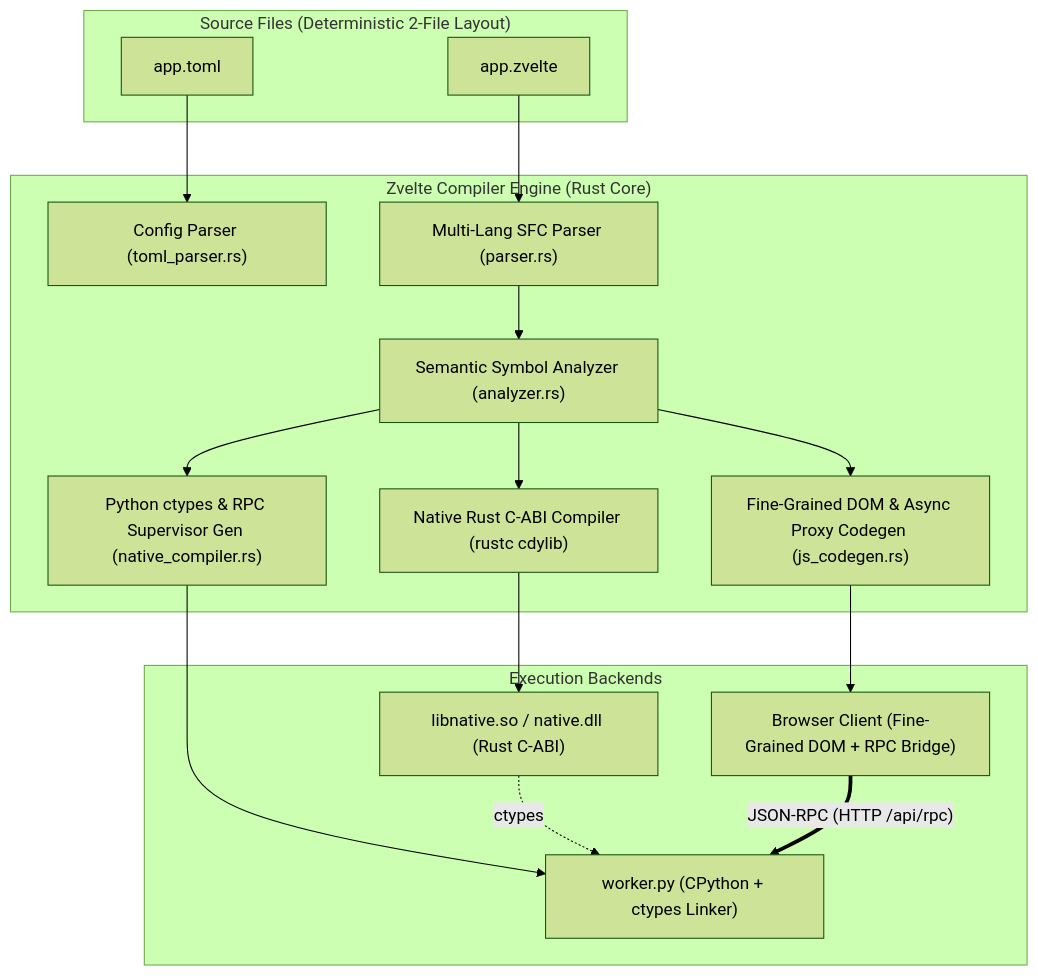
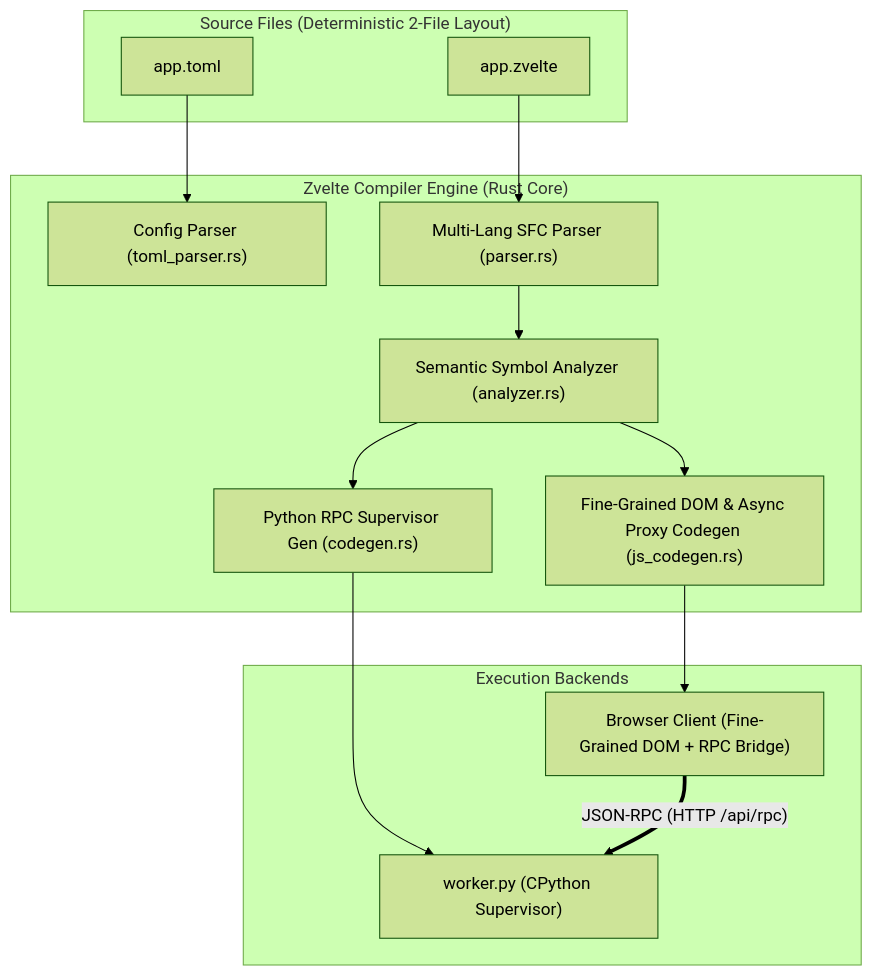
The diagram in README.md (babar-xagi/Zvelte), drawn with Mermaid (forest theme) before and after one commit. The commit also changed other lines of this file and 18 other files, not shown here.

Commit message:
feat: position Zvelte as pure Python reactive framework powered by Rust engine

````diff
--- a/README.md
+++ b/README.md
@@ -192,35 +201,30 @@
 ```mermaid
 flowchart TD
     subgraph Inputs["Source Files (Deterministic 2-File Layout)"]
         TOML["app.toml"]
         SFC["app.zvelte"]
     end
 
     subgraph Compiler["Zvelte Compiler Engine (Rust Core)"]
         CFG["Config Parser (toml_parser.rs)"]
         PARSER["Multi-Lang SFC Parser (parser.rs)"]
         SEM["Semantic Symbol Analyzer (analyzer.rs)"]
-        NATIVE["Native Rust C-ABI Compiler (rustc cdylib)"]
-        PYGEN["Python ctypes & RPC Supervisor Gen (native_compiler.rs)"]
+        PYGEN["Python RPC Supervisor Gen (codegen.rs)"]
         JSGEN["Fine-Grained DOM & Async Proxy Codegen (js_codegen.rs)"]
     end
 
     subgraph Runtime["Execution Backends"]
-        NATIVELIB["libnative.so / native.dll (Rust C-ABI)"]
-        PYWORKER["worker.py (CPython + ctypes Linker)"]
+        PYWORKER["worker.py (CPython Supervisor)"]
         CLIENT["Browser Client (Fine-Grained DOM + RPC Bridge)"]
     end
 
     TOML --> CFG
     SFC --> PARSER
     PARSER --> SEM
-    SEM --> NATIVE
     SEM --> PYGEN
     SEM --> JSGEN
 
-    NATIVE --> NATIVELIB
     PYGEN --> PYWORKER
-    NATIVELIB -. ctypes .-> PYWORKER
     JSGEN --> CLIENT
     CLIENT == JSON-RPC (HTTP /api/rpc) ==> PYWORKER
 ```
````
